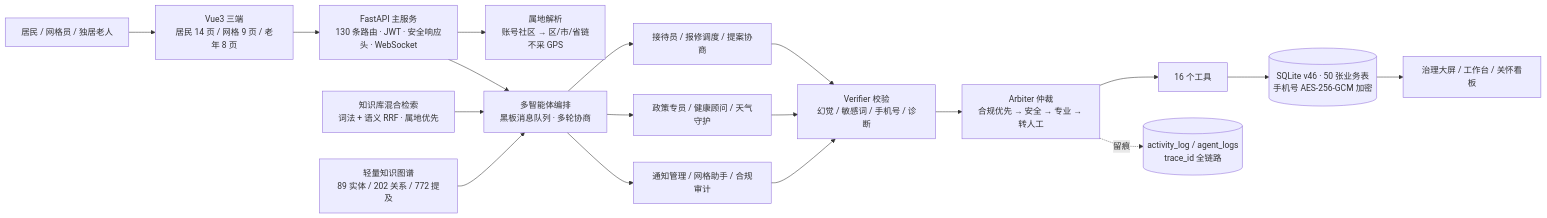
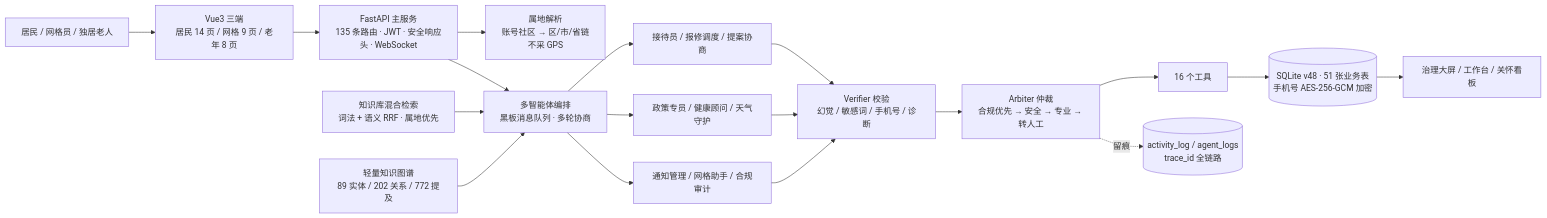
Before and after one commit to woshuofengsu/campus-insight-agent: the diagram in docs/competition/创意说明书-提交版.md, drawn with Mermaid. The commit also changed other lines of this file and 11 other files, not shown here.

````diff
--- a/docs/competition/创意说明书-提交版.md
+++ b/docs/competition/创意说明书-提交版.md
@@ -111,18 +111,18 @@
 ```mermaid
 flowchart LR
     U[居民 / 网格员 / 独居老人] --> UI[Vue3 三端<br/>居民 14 页 / 网格 9 页 / 老年 8 页]
-    UI --> API[FastAPI 主服务<br/>130 条路由 · JWT · 安全响应头 · WebSocket]
+    UI --> API[FastAPI 主服务<br/>135 条路由 · JWT · 安全响应头 · WebSocket]
     API --> R[属地解析<br/>账号社区 → 区/市/省链<br/>不采 GPS]
     API --> O[多智能体编排<br/>黑板消息队列 · 多轮协商]
     O --> A1[接待员 / 报修调度 / 提案协商]
     O --> A2[政策专员 / 健康顾问 / 天气守护]
     O --> A3[通知管理 / 网格助手 / 合规审计]
     A1 & A2 & A3 --> V[Verifier 校验<br/>幻觉 / 敏感词 / 手机号 / 诊断]
     V --> AR[Arbiter 仲裁<br/>合规优先 → 安全 → 专业 → 转人工]
     AR --> T[16 个工具]
-    T --> DB[(SQLite v46 · 50 张业务表<br/>手机号 AES-256-GCM 加密)]
+    T --> DB[(SQLite v48 · 51 张业务表<br/>手机号 AES-256-GCM 加密)]
     KB[知识库混合检索<br/>词法 + 语义 RRF · 属地优先] --> O
     KG[轻量知识图谱<br/>89 实体 / 202 关系 / 772 提及] --> O
     DB --> S[治理大屏 / 工作台 / 关怀看板]
     AR -.留痕.-> LOG[(activity_log / agent_logs<br/>trace_id 全链路)]
 ```
````
